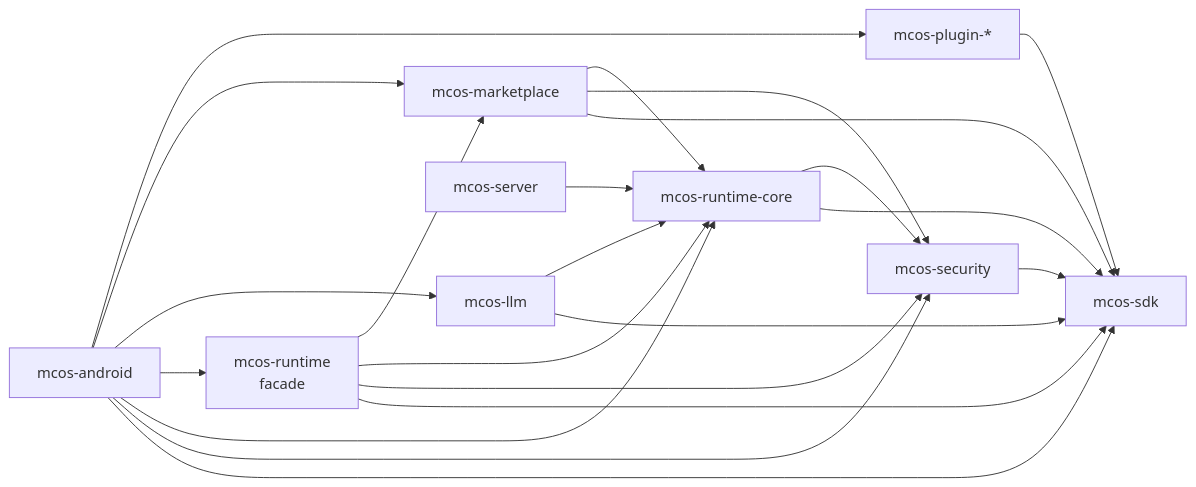
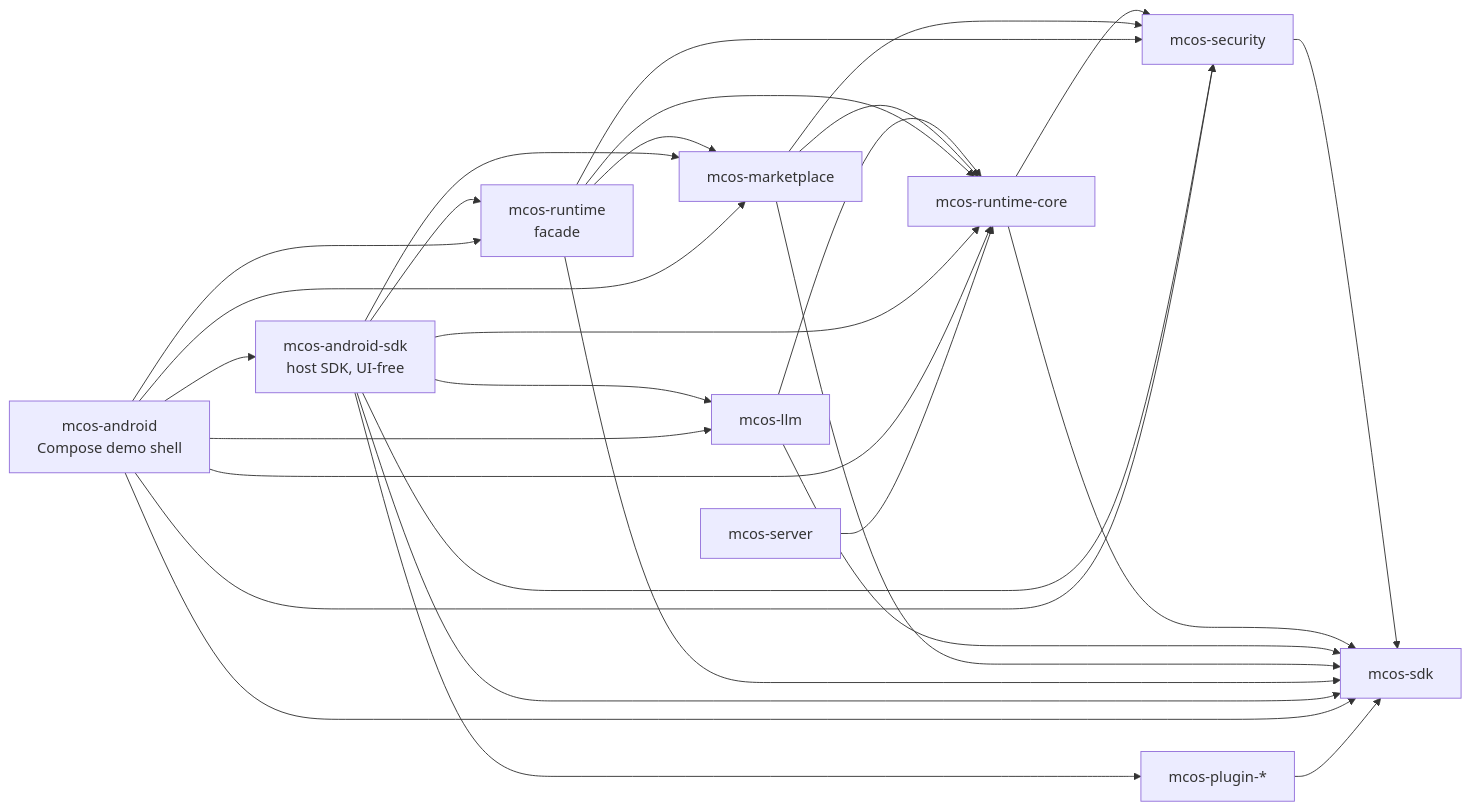
The second of 6 diagrams in docs/en/01-architecture.md (Morainet/mcos), drawn with Mermaid before and after one commit. The commit also changed other lines of this file and 53 other files, not shown here.

First line of the commit message:
refactor(android): split mcos-android into mcos-android-sdk library + demo shell (item 39)

````diff
--- a/docs/en/01-architecture.md
+++ b/docs/en/01-architecture.md
@@ -133,34 +134,42 @@
 ```mermaid
 graph LR
   SDK[mcos-sdk]
   SEC[mcos-security]
   CORE[mcos-runtime-core]
   LLM[mcos-llm]
   MKT[mcos-marketplace]
   FACADE[mcos-runtime<br/>facade]
-  AND[mcos-android]
+  ASDK[mcos-android-sdk<br/>host SDK, UI-free]
+  AND[mcos-android<br/>Compose demo shell]
   SRV[mcos-server]
   PLUGINS[mcos-plugin-*]
 
   SEC --> SDK
   CORE --> SDK
   CORE --> SEC
   LLM --> SDK
   LLM --> CORE
   MKT --> SDK
   MKT --> SEC
   MKT --> CORE
   FACADE --> SDK
   FACADE --> SEC
   FACADE --> CORE
   FACADE --> MKT
+  ASDK --> SDK
+  ASDK --> SEC
+  ASDK --> CORE
+  ASDK --> FACADE
+  ASDK --> LLM
+  ASDK --> MKT
+  ASDK --> PLUGINS
+  AND --> ASDK
   AND --> SDK
   AND --> SEC
   AND --> CORE
   AND --> FACADE
   AND --> LLM
   AND --> MKT
-  AND --> PLUGINS
   SRV --> CORE
   PLUGINS --> SDK
 ```
````
